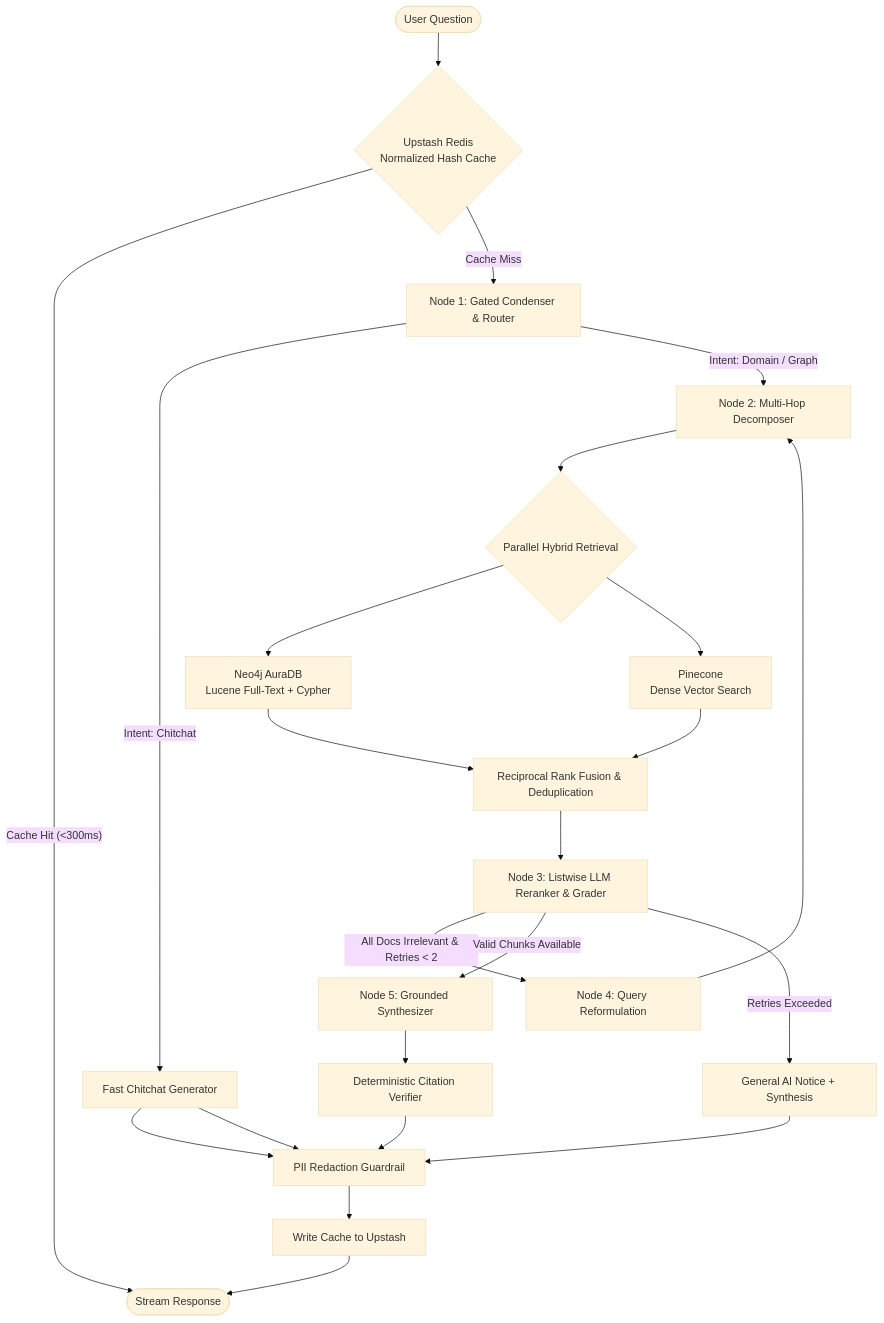
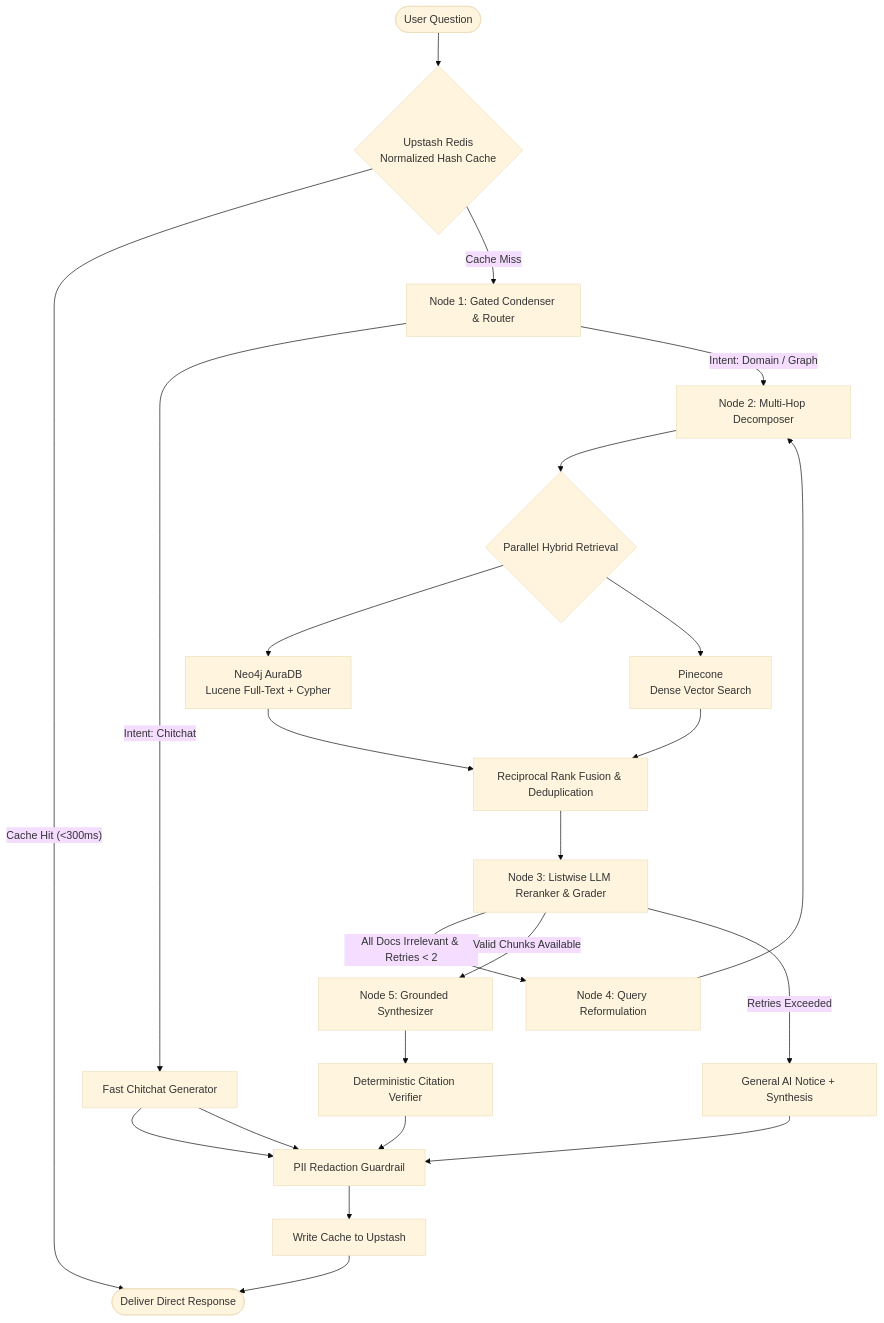
One commit to Dilip-Bhakadiwal/enterprise-rag-agent changed the diagram in ARCHITECTURE.md. Above: the diagram before and after it, drawn with Mermaid (base theme). The commit also changed other lines of this file and 3 other files, not shown here.

````diff
--- a/ARCHITECTURE.md
+++ b/ARCHITECTURE.md
@@ -66,32 +66,32 @@
 ```mermaid
 flowchart TD
     Start([User Question]) --> CacheCheck{Upstash Redis<br/>Normalized Hash Cache}
-    CacheCheck -- Cache Hit (<300ms) --> ClientResponse([Stream Response])
+    CacheCheck -- Cache Hit (<300ms) --> ClientResponse([Deliver Direct Response])
     CacheCheck -- Cache Miss --> RouterNode[Node 1: Gated Condenser & Router]
 
     RouterNode -- Intent: Chitchat --> ChitchatSynth[Fast Chitchat Generator] --> PIIFilter
     RouterNode -- Intent: Domain / Graph --> DecomposerNode[Node 2: Multi-Hop Decomposer]
 
     DecomposerNode --> ParallelRetrieval{Parallel Hybrid Retrieval}
     ParallelRetrieval --> Neo4jRetrieval[Neo4j AuraDB<br/>Lucene Full-Text + Cypher]
     ParallelRetrieval --> PineconeRetrieval[Pinecone<br/>Dense Vector Search]
 
     Neo4jRetrieval --> RRF[Reciprocal Rank Fusion & Deduplication]
     PineconeRetrieval --> RRF
 
     RRF --> GraderNode[Node 3: Listwise LLM Reranker & Grader]
 
     GraderNode -- All Docs Irrelevant & Retries < 2 --> RewriterNode[Node 4: Query Reformulation]
     RewriterNode --> DecomposerNode
 
     GraderNode -- Valid Chunks Available --> SynthesizerNode[Node 5: Grounded Synthesizer]
     GraderNode -- Retries Exceeded --> FallbackNode[General AI Notice + Synthesis]
 
     SynthesizerNode --> CitationVerifier[Deterministic Citation Verifier]
     CitationVerifier --> PIIFilter[PII Redaction Guardrail]
     FallbackNode --> PIIFilter
     ChitchatSynth --> PIIFilter
 
     PIIFilter --> CacheWrite[Write Cache to Upstash]
     CacheWrite --> ClientResponse
 ```
````
